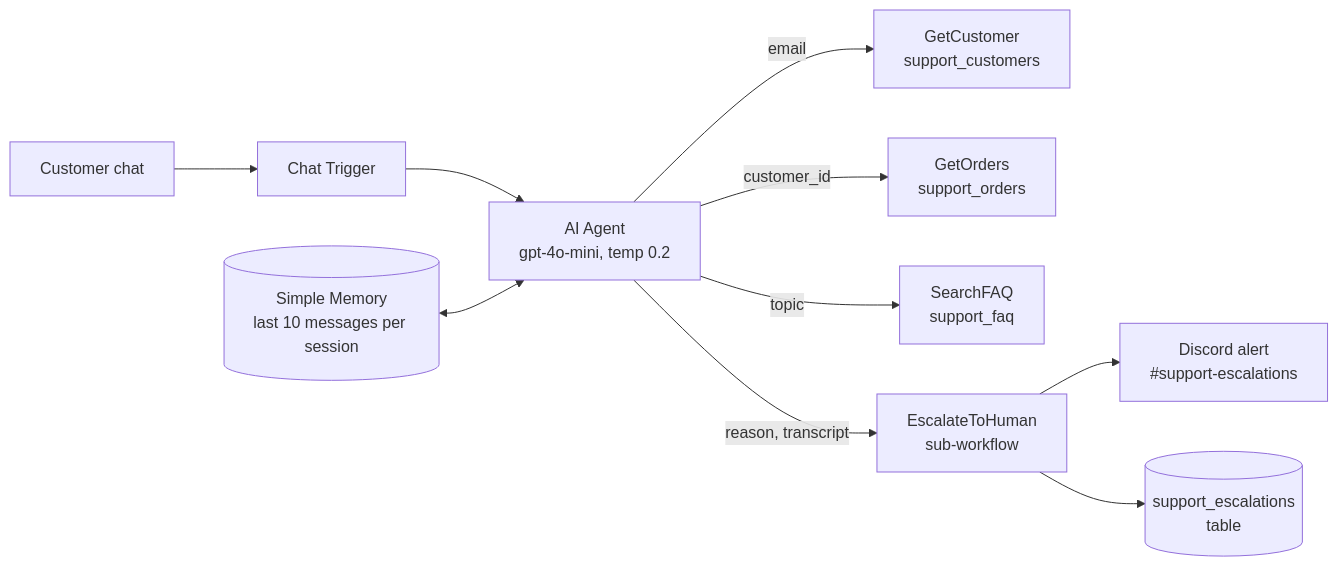
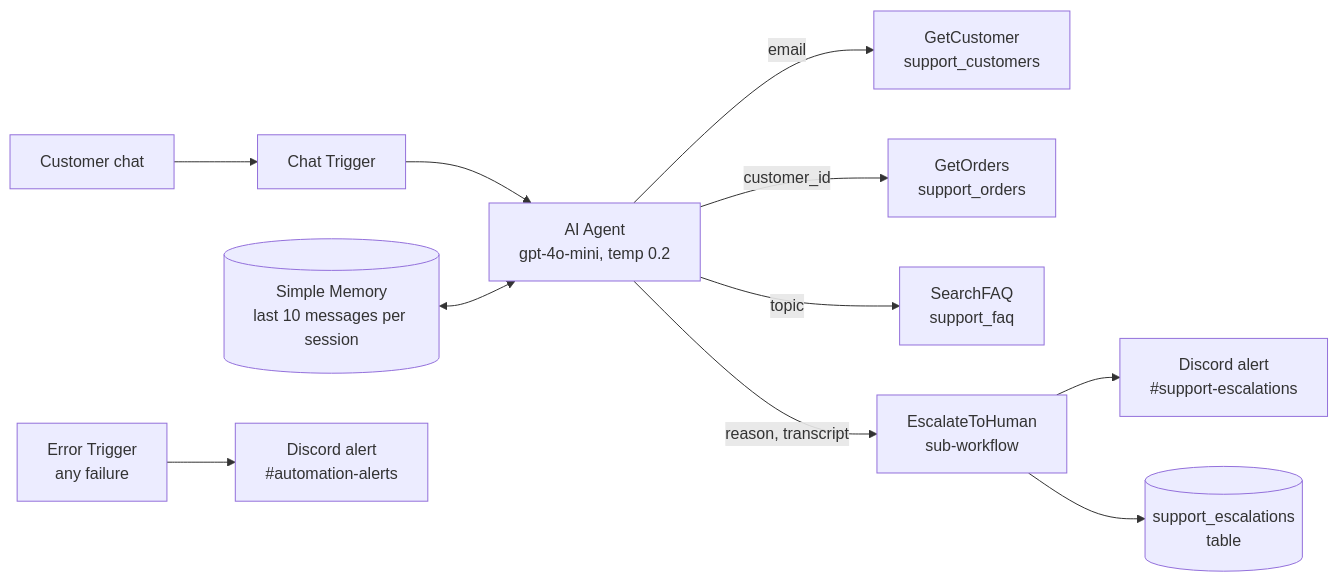
The diagram in README.md (latin-guru/support-ops-agent), drawn with Mermaid before and after one commit. The commit also changed other lines of this file and 3 other files, not shown here.

Commit message:
Add error workflow: failure alerts to #automation-alerts

````diff
--- a/README.md
+++ b/README.md
@@ -11,12 +11,13 @@
 ```mermaid
 flowchart LR
     U[Customer chat] --> T[Chat Trigger]
     T --> A[AI Agent<br/>gpt-4o-mini, temp 0.2]
     M[(Simple Memory<br/>last 10 messages per session)] <--> A
     A -->|email| GC[GetCustomer<br/>support_customers]
     A -->|customer_id| GO[GetOrders<br/>support_orders]
     A -->|topic| FAQ[SearchFAQ<br/>support_faq]
     A -->|reason, transcript| E[EscalateToHuman<br/>sub-workflow]
     E --> D[Discord alert<br/>#support-escalations]
     E --> L[(support_escalations<br/>table)]
+    X[Error Trigger<br/>any failure] --> AL[Discord alert<br/>#automation-alerts]
 ```
````
